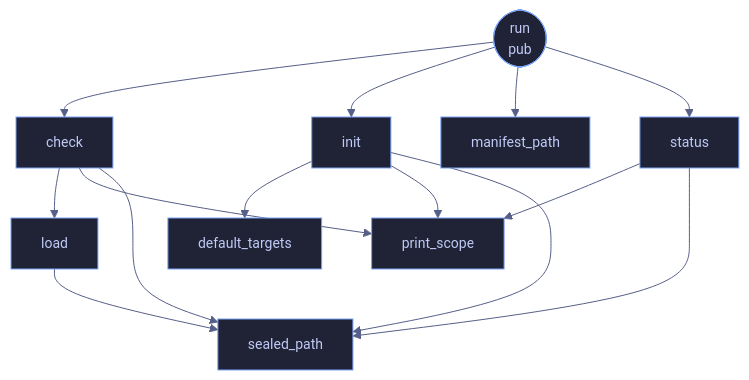
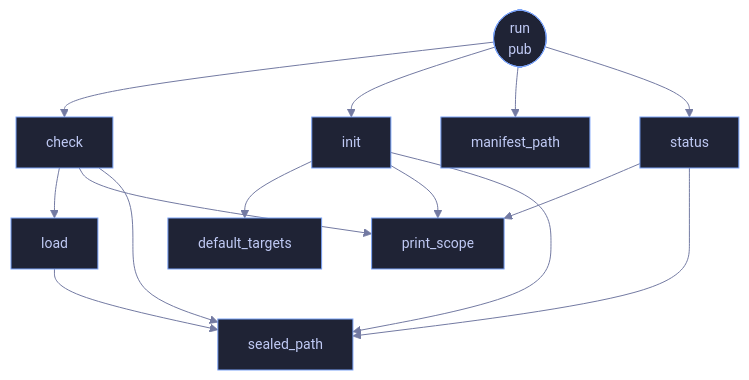
The diagram in wiki/File-veilvoice-cli-guard.md (tilas01/veilvoice), drawn with Mermaid before and after one commit. The commit also changed 305 other files, not shown here.

````diff
--- a/wiki/File-veilvoice-cli-guard.md
+++ b/wiki/File-veilvoice-cli-guard.md
@@ -55,26 +55,26 @@
 ```mermaid
-%%{init: {"theme":"base","themeVariables":{"background":"#1a1b26","primaryColor":"#1f2335","primaryTextColor":"#c0caf5","primaryBorderColor":"#7aa2f7","secondaryColor":"#16161e","tertiaryColor":"#16161e","lineColor":"#565f89","textColor":"#c0caf5","mainBkg":"#1f2335","nodeBorder":"#7aa2f7","clusterBkg":"#16161e","clusterBorder":"#2f3549","fontFamily":"ui-monospace, SFMono-Regular, Consolas, monospace","fontSize":"14px"}}}%%
+%%{init: {"theme":"base","themeVariables":{"background":"#1a1b26","primaryColor":"#1f2335","primaryTextColor":"#c0caf5","primaryBorderColor":"#7aa2f7","secondaryColor":"#16161e","tertiaryColor":"#16161e","lineColor":"#737aa2","textColor":"#c0caf5","mainBkg":"#1f2335","nodeBorder":"#7aa2f7","clusterBkg":"#16161e","clusterBorder":"#2f3549","fontFamily":"ui-monospace, SFMono-Regular, Consolas, monospace","fontSize":"14px"}}}%%
 flowchart TD
     n_manifest_path["manifest_path"]
     n_sealed_path["sealed_path"]
     n_print_scope["print_scope"]
     n_default_targets["default_targets"]
     n_run(["run<br/>pub"])
     n_init["init"]
     n_load["load"]
     n_check["check"]
     n_status["status"]
     n_check --> n_load
     n_check --> n_print_scope
     n_check --> n_sealed_path
     n_init --> n_default_targets
     n_init --> n_print_scope
     n_init --> n_sealed_path
     n_load --> n_sealed_path
     n_run --> n_check
     n_run --> n_init
     n_run --> n_manifest_path
     n_run --> n_status
     n_status --> n_print_scope
     n_status --> n_sealed_path
 ```
````
